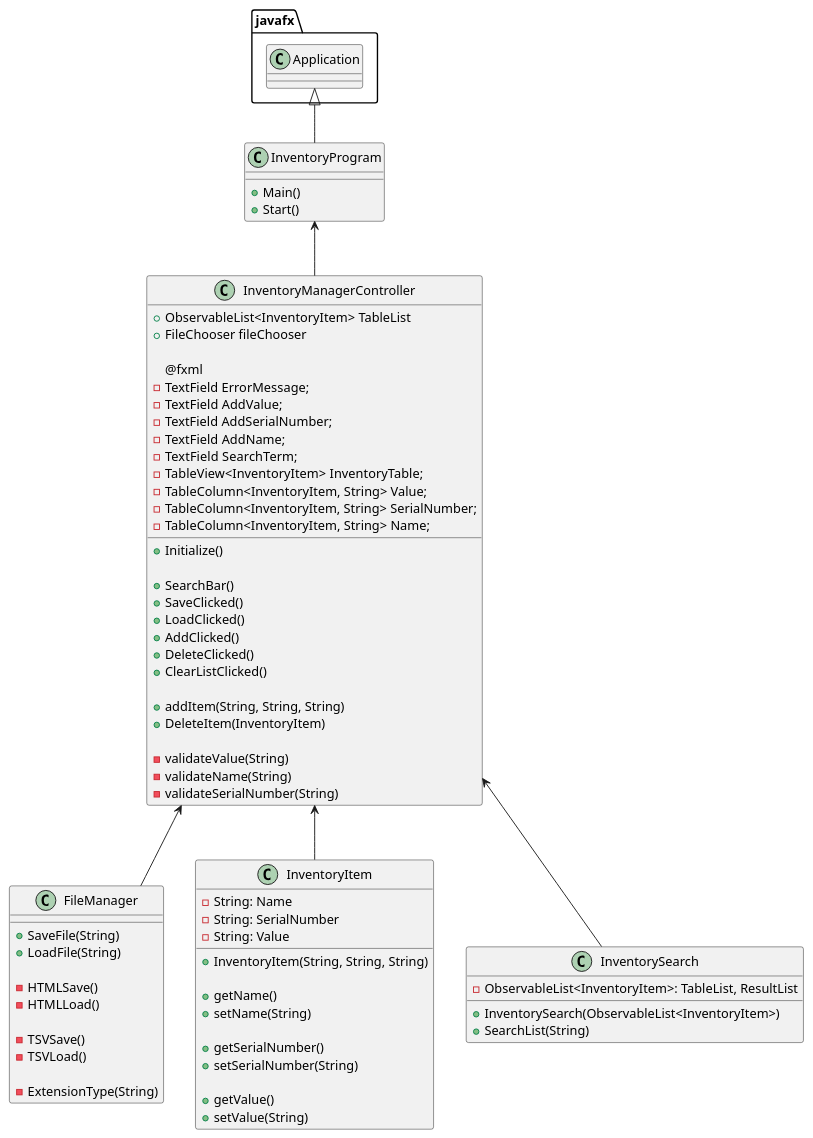
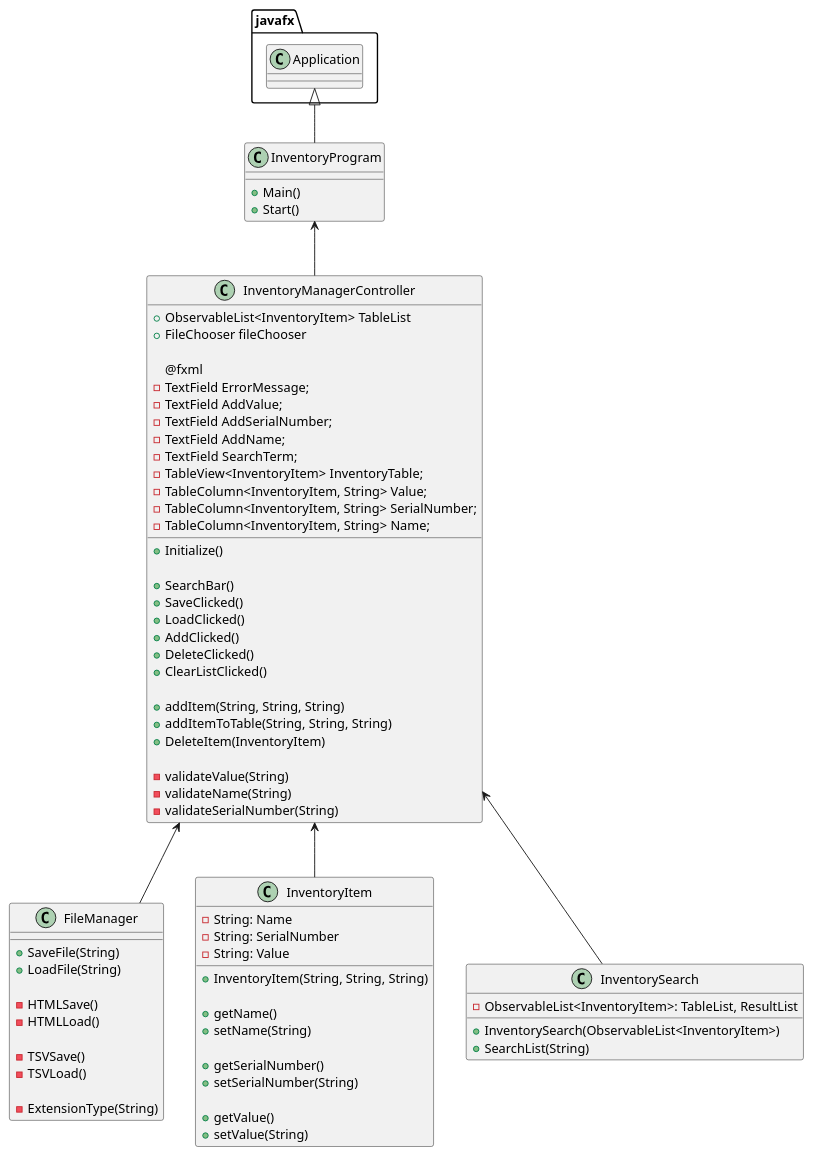
The diagram in UML/Main.puml (Chabs64/higgins-1720-a5), drawn with PlantUML before and after one commit.

Commit message:
Additional Testing (75% complete), and class clean up

```diff
--- a/UML/Main.puml
+++ b/UML/Main.puml
@@ -1,93 +1,94 @@
 @startuml
 
 javafx.Application <|-- InventoryProgram
 InventoryProgram <-- InventoryManagerController
 InventoryManagerController <-- FileManager
 
 InventoryManagerController <-- InventoryItem
 InventoryManagerController <-- InventorySearch
 
 class InventoryProgram
 {
     + Main()
     + Start()
 }
 
 
 class InventoryManagerController
 {
     + ObservableList<InventoryItem> TableList
     + FileChooser fileChooser
 
     @fxml
     - TextField ErrorMessage;
     - TextField AddValue;
     - TextField AddSerialNumber;
     - TextField AddName;
     - TextField SearchTerm;
     - TableView<InventoryItem> InventoryTable;
     - TableColumn<InventoryItem, String> Value;
     - TableColumn<InventoryItem, String> SerialNumber;
     - TableColumn<InventoryItem, String> Name;
 
     + Initialize()
 
     + SearchBar()
     + SaveClicked()
     + LoadClicked()
     + AddClicked()
     + DeleteClicked()
     + ClearListClicked()
 
     + addItem(String, String, String)
+    + addItemToTable(String, String, String)
     + DeleteItem(InventoryItem)
 
     - validateValue(String)
     - validateName(String)
     - validateSerialNumber(String)
 }
 
 
 class InventorySearch
 {
     - ObservableList<InventoryItem>: TableList, ResultList
 
     + InventorySearch(ObservableList<InventoryItem>)
     + SearchList(String)
 }
 
 
 class InventoryItem
 {
     - String: Name
     - String: SerialNumber
     - String: Value
 
     + InventoryItem(String, String, String)
 
     + getName()
     + setName(String)
 
     + getSerialNumber()
     + setSerialNumber(String)
 
     + getValue()
     + setValue(String)
 }
 
 
 class FileManager
 {
     + SaveFile(String)
     + LoadFile(String)
 
     - HTMLSave()
     - HTMLLoad()
 
     - TSVSave()
     - TSVLoad()
 
     - ExtensionType(String)
 }
 
 @enduml
```
